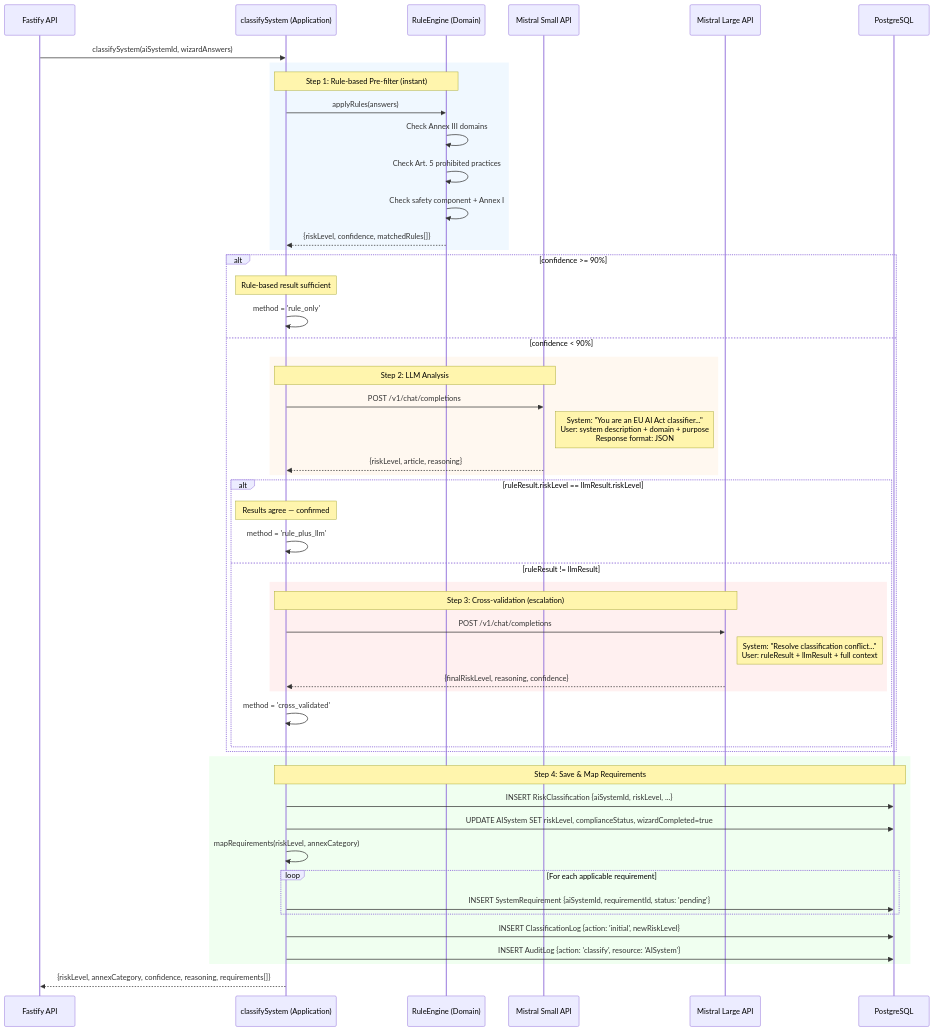
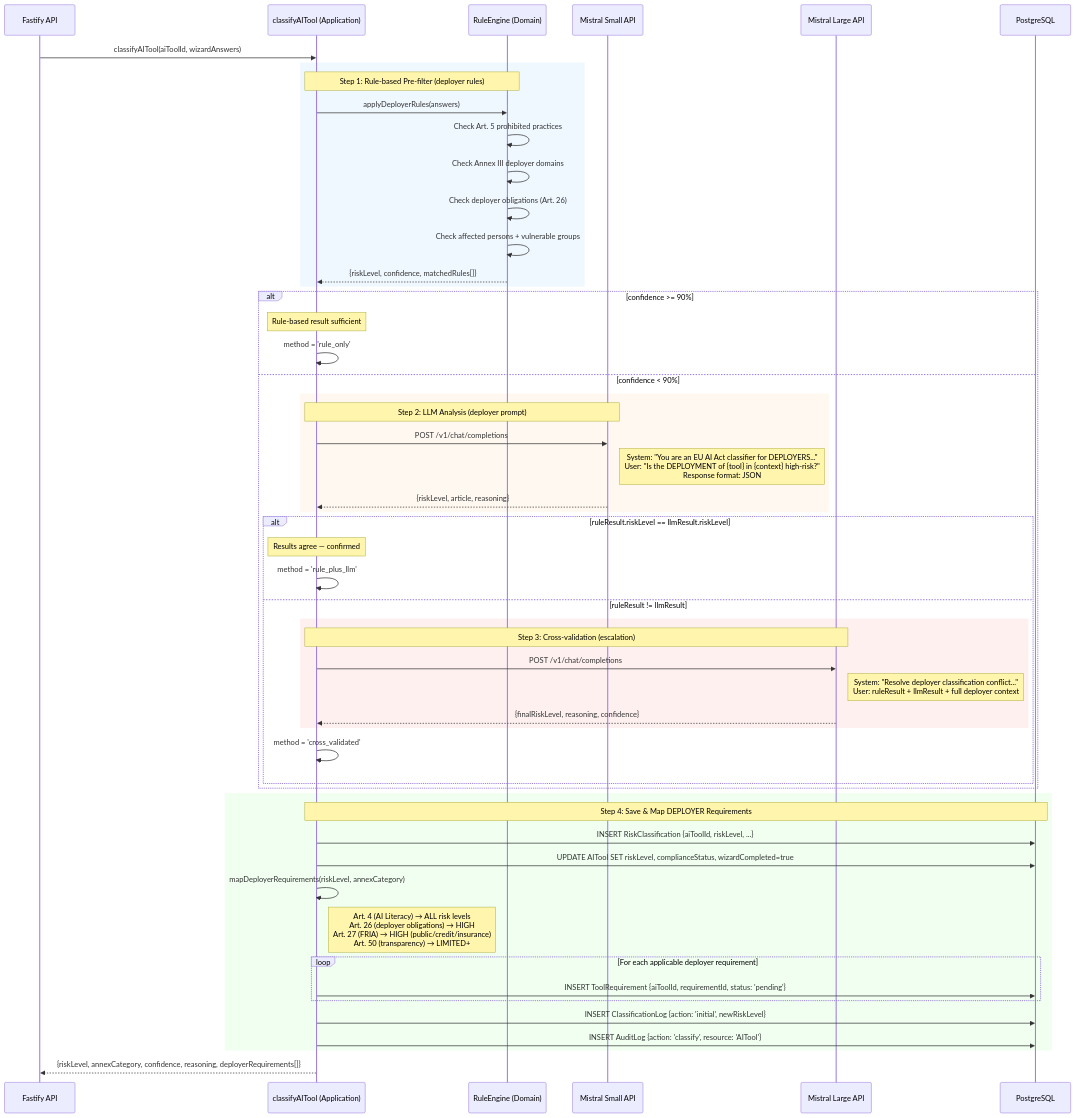
Before and after one commit to complior/complior: the third of 14 diagrams in docs/DATA-FLOWS.md, drawn with Mermaid. The commit also changed other lines of this file and 7 other files, not shown here.

First line of the commit message:
docs: deployer-first pivot — rewrite all Phase 0 docs (v2.0.0)

````diff
--- a/docs/DATA-FLOWS.md
+++ b/docs/DATA-FLOWS.md
@@ -111,61 +121,63 @@
 ```mermaid
 sequenceDiagram
     participant API as Fastify API
-    participant CE as classifySystem (Application)
+    participant CE as classifyAITool (Application)
     participant Rules as RuleEngine (Domain)
     participant LLM as Mistral Small API
     participant Escalation as Mistral Large API
     participant DB as PostgreSQL
 
-    API->>CE: classifySystem(aiSystemId, wizardAnswers)
+    API->>CE: classifyAITool(aiToolId, wizardAnswers)
 
     rect rgb(240, 248, 255)
-        Note over CE,Rules: Step 1: Rule-based Pre-filter (instant)
-        CE->>Rules: applyRules(answers)
-        Rules->>Rules: Check Annex III domains
+        Note over CE,Rules: Step 1: Rule-based Pre-filter (deployer rules)
+        CE->>Rules: applyDeployerRules(answers)
         Rules->>Rules: Check Art. 5 prohibited practices
-        Rules->>Rules: Check safety component + Annex I
+        Rules->>Rules: Check Annex III deployer domains
+        Rules->>Rules: Check deployer obligations (Art. 26)
+        Rules->>Rules: Check affected persons + vulnerable groups
         Rules-->>CE: {riskLevel, confidence, matchedRules[]}
     end
 
     alt confidence >= 90%
         Note over CE: Rule-based result sufficient
         CE->>CE: method = 'rule_only'
     else confidence < 90%
         rect rgb(255, 248, 240)
-            Note over CE,LLM: Step 2: LLM Analysis
+            Note over CE,LLM: Step 2: LLM Analysis (deployer prompt)
             CE->>LLM: POST /v1/chat/completions
-            Note right of LLM: System: "You are an EU AI Act classifier..."<br/>User: system description + domain + purpose<br/>Response format: JSON
+            Note right of LLM: System: "You are an EU AI Act classifier for DEPLOYERS..."<br/>User: "Is the DEPLOYMENT of {tool} in {context} high-risk?"<br/>Response format: JSON
             LLM-->>CE: {riskLevel, article, reasoning}
         end
 
         alt ruleResult.riskLevel == llmResult.riskLevel
             Note over CE: Results agree — confirmed
             CE->>CE: method = 'rule_plus_llm'
         else ruleResult != llmResult
             rect rgb(255, 240, 240)
                 Note over CE,Escalation: Step 3: Cross-validation (escalation)
                 CE->>Escalation: POST /v1/chat/completions
-                Note right of Escalation: System: "Resolve classification conflict..."<br/>User: ruleResult + llmResult + full context
+                Note right of Escalation: System: "Resolve deployer classification conflict..."<br/>User: ruleResult + llmResult + full deployer context
                 Escalation-->>CE: {finalRiskLevel, reasoning, confidence}
             end
             CE->>CE: method = 'cross_validated'
         end
     end
 
     rect rgb(240, 255, 240)
-        Note over CE,DB: Step 4: Save & Map Requirements
-        CE->>DB: INSERT RiskClassification {aiSystemId, riskLevel, ...}
-        CE->>DB: UPDATE AISystem SET riskLevel, complianceStatus, wizardCompleted=true
+        Note over CE,DB: Step 4: Save & Map DEPLOYER Requirements
+        CE->>DB: INSERT RiskClassification {aiToolId, riskLevel, ...}
+        CE->>DB: UPDATE AITool SET riskLevel, complianceStatus, wizardCompleted=true
 
-        CE->>CE: mapRequirements(riskLevel, annexCategory)
-        loop For each applicable requirement
-            CE->>DB: INSERT SystemRequirement {aiSystemId, requirementId, status: 'pending'}
+        CE->>CE: mapDeployerRequirements(riskLevel, annexCategory)
+        Note right of CE: Art. 4 (AI Literacy) → ALL risk levels<br/>Art. 26 (deployer obligations) → HIGH<br/>Art. 27 (FRIA) → HIGH (public/credit/insurance)<br/>Art. 50 (transparency) → LIMITED+
+        loop For each applicable deployer requirement
+            CE->>DB: INSERT ToolRequirement {aiToolId, requirementId, status: 'pending'}
         end
 
         CE->>DB: INSERT ClassificationLog {action: 'initial', newRiskLevel}
-        CE->>DB: INSERT AuditLog {action: 'classify', resource: 'AISystem'}
+        CE->>DB: INSERT AuditLog {action: 'classify', resource: 'AITool'}
     end
 
-    CE-->>API: {riskLevel, annexCategory, confidence, reasoning, requirements[]}
+    CE-->>API: {riskLevel, annexCategory, confidence, reasoning, deployerRequirements[]}
 ```
````
